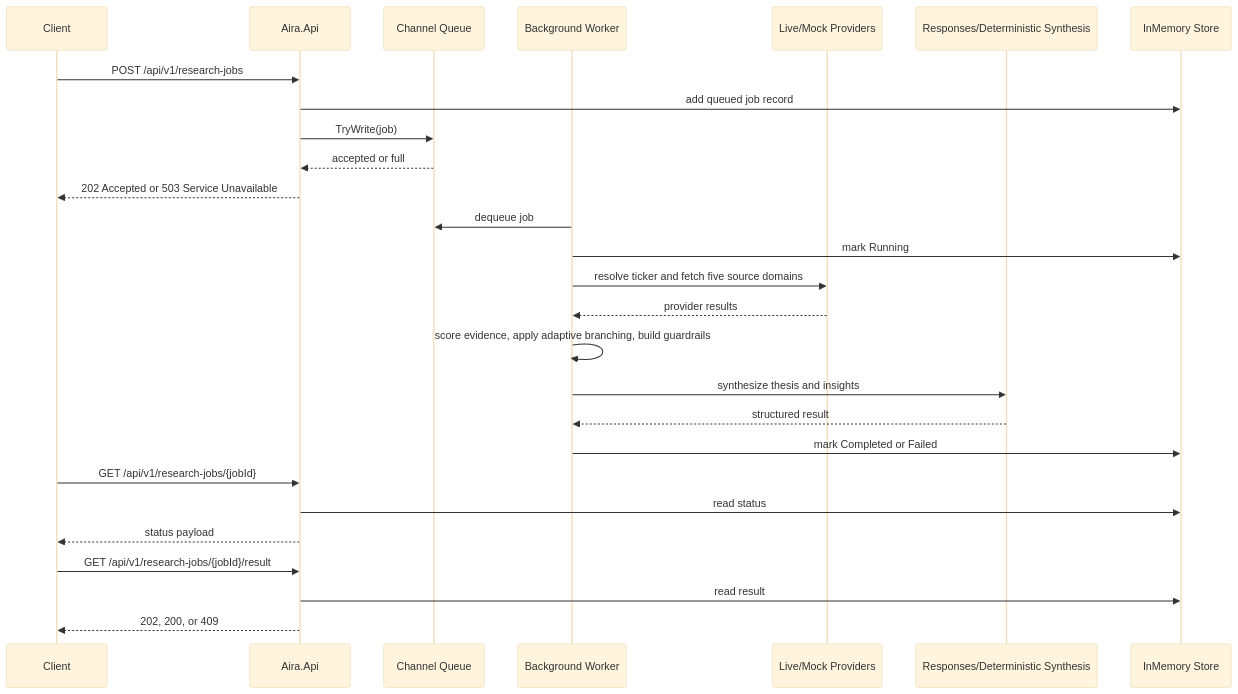
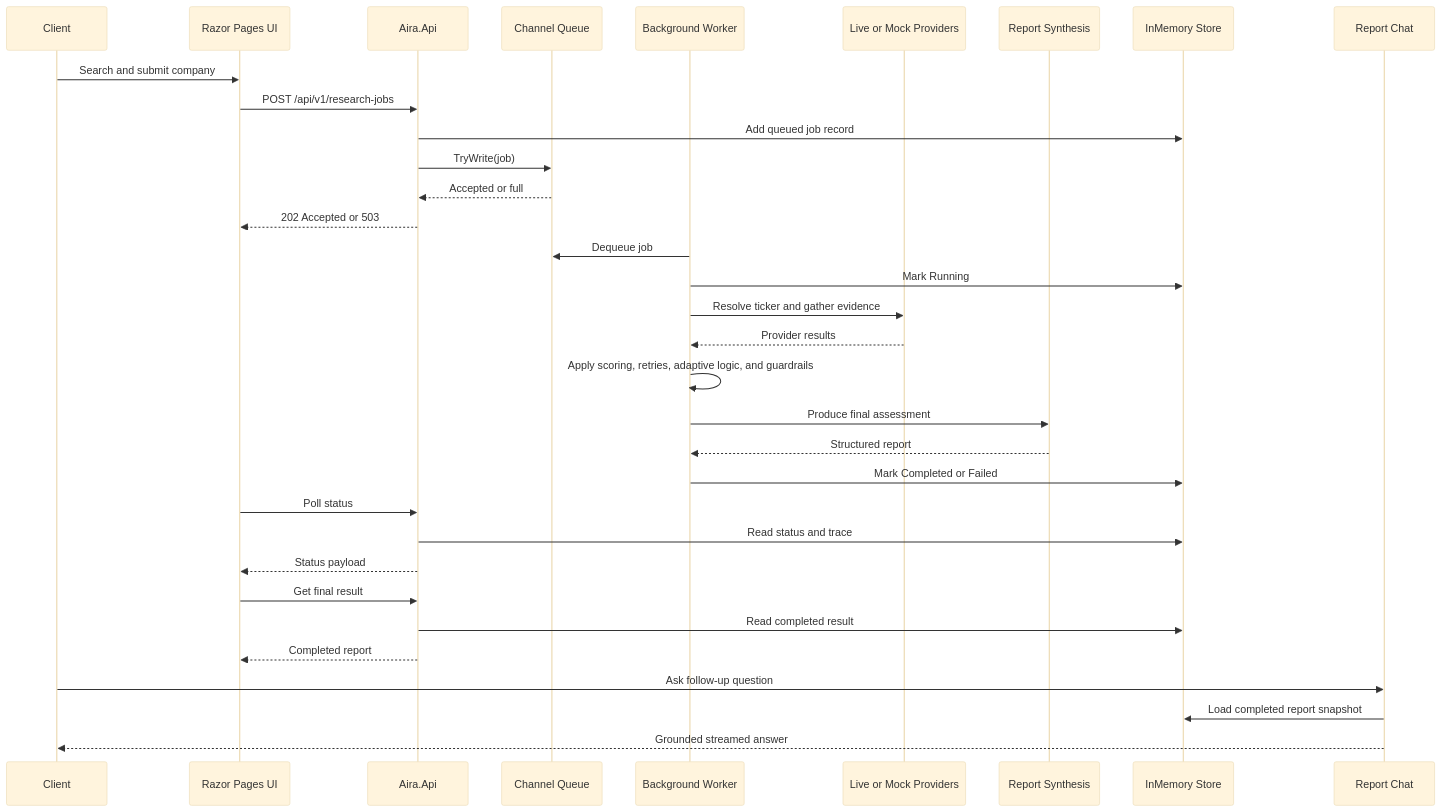
One commit to Eslam93/A.I.R.A changed the diagram in README.md. Above: the diagram before and after it, drawn with Mermaid (base theme). The commit also changed other lines of this file, not shown here.

````diff
--- a/README.md
+++ b/README.md
@@ -734,33 +1093,40 @@
 ```mermaid
 sequenceDiagram
     participant Client
+    participant UI as Razor Pages UI
     participant API as Aira.Api
     participant Queue as Channel Queue
     participant Worker as Background Worker
-    participant Providers as Live/Mock Providers
-    participant Reasoner as Responses/Deterministic Synthesis
+    participant Providers as Live or Mock Providers
+    participant Synth as Report Synthesis
     participant Store as InMemory Store
+    participant Chat as Report Chat
 
-    Client->>API: POST /api/v1/research-jobs
-    API->>Store: add queued job record
+    Client->>UI: Search and submit company
+    UI->>API: POST /api/v1/research-jobs
+    API->>Store: Add queued job record
     API->>Queue: TryWrite(job)
-    Queue-->>API: accepted or full
-    API-->>Client: 202 Accepted or 503 Service Unavailable
+    Queue-->>API: Accepted or full
+    API-->>UI: 202 Accepted or 503
 
-    Worker->>Queue: dequeue job
-    Worker->>Store: mark Running
-    Worker->>Providers: resolve ticker and fetch five source domains
-    Providers-->>Worker: provider results
-    Worker->>Worker: score evidence, apply adaptive branching, build guardrails
-    Worker->>Reasoner: synthesize thesis and insights
-    Reasoner-->>Worker: structured result
-    Worker->>Store: mark Completed or Failed
+    Worker->>Queue: Dequeue job
+    Worker->>Store: Mark Running
+    Worker->>Providers: Resolve ticker and gather evidence
+    Providers-->>Worker: Provider results
+    Worker->>Worker: Apply scoring, retries, adaptive logic, and guardrails
+    Worker->>Synth: Produce final assessment
+    Synth-->>Worker: Structured report
+    Worker->>Store: Mark Completed or Failed
 
-    Client->>API: GET /api/v1/research-jobs/{jobId}
-    API->>Store: read status
-    API-->>Client: status payload
+    UI->>API: Poll status
+    API->>Store: Read status and trace
+    API-->>UI: Status payload
 
-    Client->>API: GET /api/v1/research-jobs/{jobId}/result
-    API->>Store: read result
-    API-->>Client: 202, 200, or 409
+    UI->>API: Get final result
+    API->>Store: Read completed result
+    API-->>UI: Completed report
+
+    Client->>Chat: Ask follow-up question
+    Chat->>Store: Load completed report snapshot
+    Chat-->>Client: Grounded streamed answer
 ```
````
